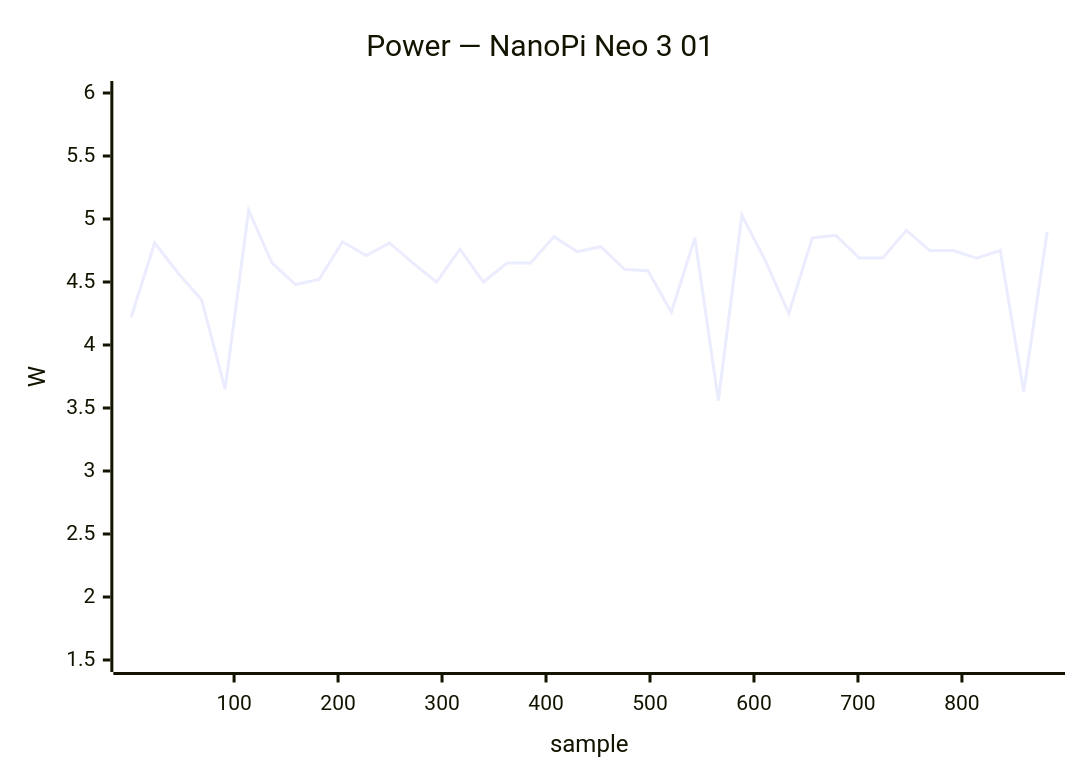
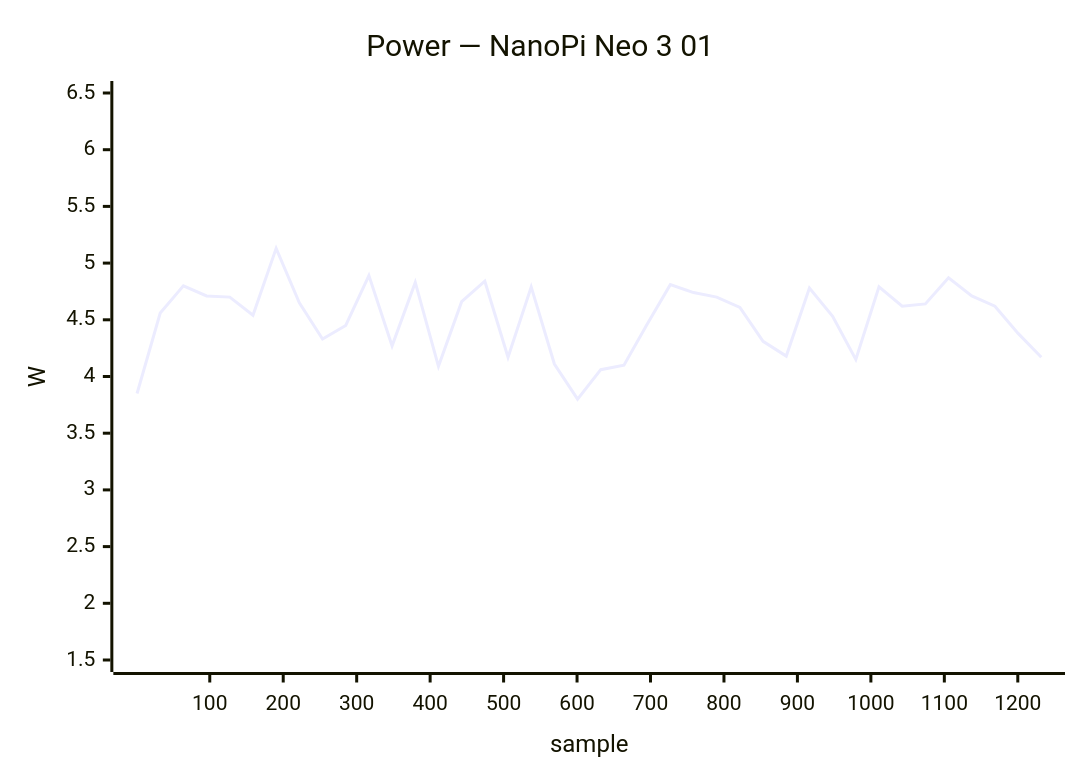
Diagram 22 of 41 in docs/status/board-tests.md (armbian/documentation), drawn with Mermaid before and after one commit. The commit also changed other lines of this file, not shown here.

````diff
--- a/docs/status/board-tests.md
+++ b/docs/status/board-tests.md
@@ -1011,7 +972,7 @@
 ```mermaid
 xychart-beta
     title "Power — NanoPi Neo 3 01"
-    x-axis "sample" 1 --> 882
-    y-axis "W" 1.5 --> 6.0
-    line [4.22, 4.81, 4.57, 4.36, 3.65, 5.07, 4.65, 4.48, 4.52, 4.82, 4.71, 4.81, 4.65, 4.50, 4.76, 4.50, 4.65, 4.65, 4.86, 4.74, 4.78, 4.60, 4.59, 4.26, 4.85, 3.56, 5.03, 4.67, 4.25, 4.85, 4.87, 4.69, 4.69, 4.91, 4.75, 4.75, 4.69, 4.75, 3.63, 4.90]
+    x-axis "sample" 1 --> 1232
+    y-axis "W" 1.5 --> 6.5
+    line [3.85, 4.56, 4.80, 4.71, 4.70, 4.54, 5.13, 4.65, 4.33, 4.45, 4.89, 4.27, 4.83, 4.09, 4.66, 4.84, 4.17, 4.79, 4.11, 3.80, 4.06, 4.10, 4.46, 4.81, 4.74, 4.70, 4.61, 4.31, 4.18, 4.78, 4.53, 4.15, 4.79, 4.62, 4.64, 4.87, 4.71, 4.62, 4.38, 4.17]
 ```
````
